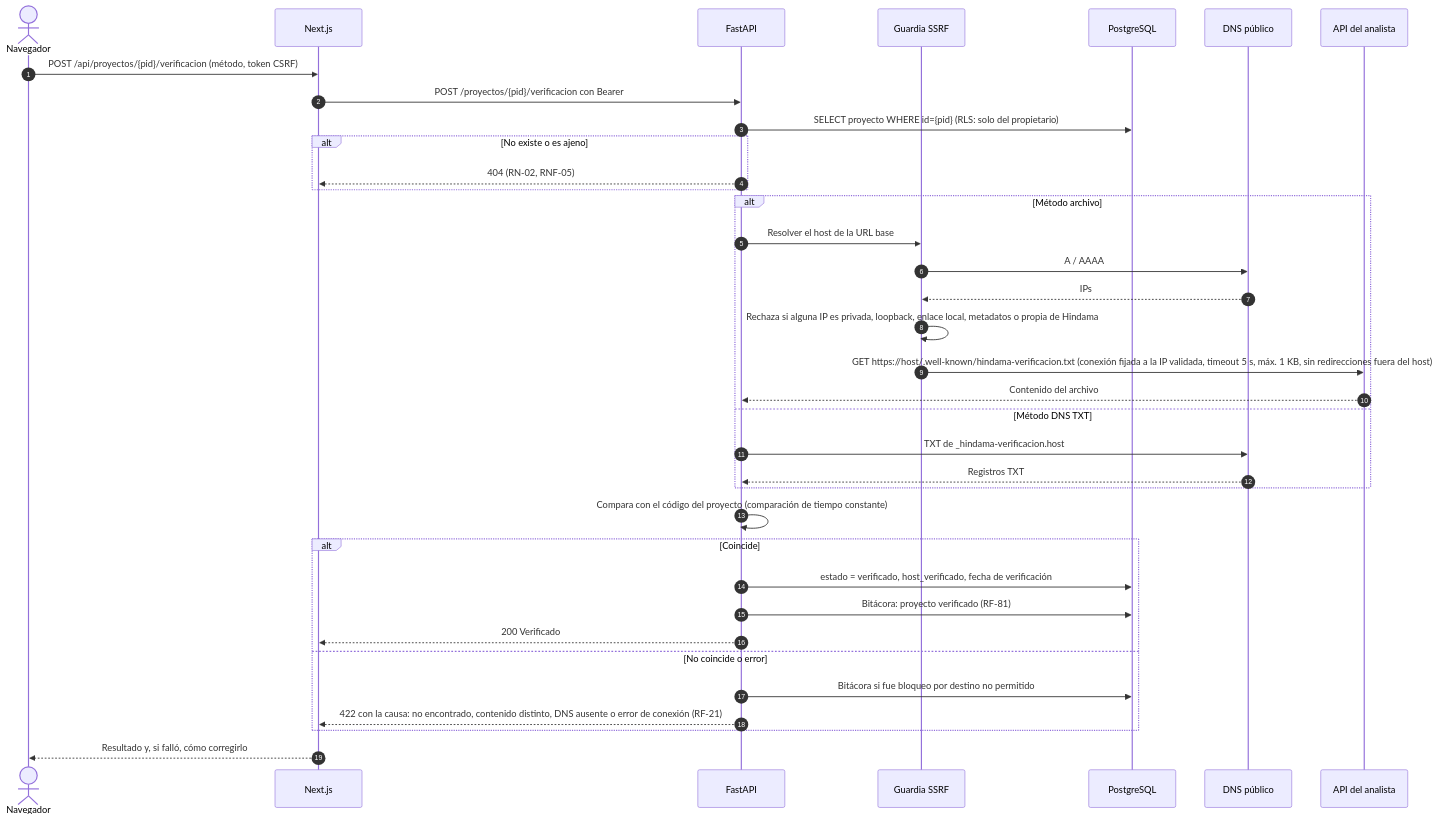
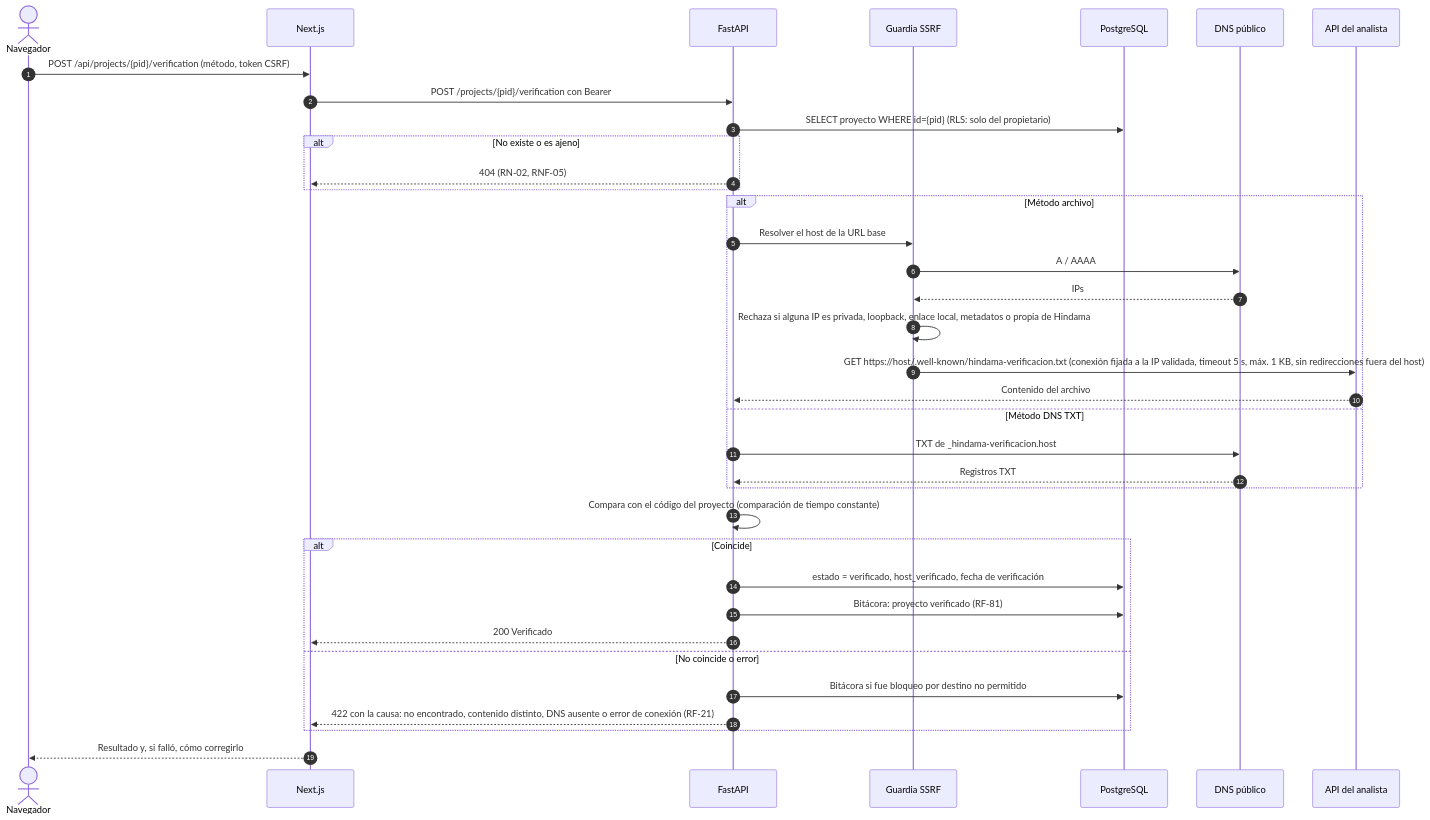
One commit to The-Tito/hindama-docs changed the fourth of 6 diagrams in 01-arquitectura/arquitectura.md. Above: the diagram before and after it, drawn with Mermaid. The commit also changed other lines of this file and 13 other files, not shown here.

````diff
--- a/01-arquitectura/arquitectura.md
+++ b/01-arquitectura/arquitectura.md
@@ -265,39 +271,39 @@
 ```mermaid
 sequenceDiagram
     autonumber
     actor U as Navegador
     participant N as Next.js
     participant F as FastAPI
     participant G as Guardia SSRF
     participant DB as PostgreSQL
     participant D as DNS público
     participant X as API del analista
 
-    U->>N: POST /api/proyectos/{pid}/verificacion (método, token CSRF)
-    N->>F: POST /proyectos/{pid}/verificacion con Bearer
+    U->>N: POST /api/projects/{pid}/verification (método, token CSRF)
+    N->>F: POST /projects/{pid}/verification con Bearer
     F->>DB: SELECT proyecto WHERE id={pid} (RLS: solo del propietario)
     alt No existe o es ajeno
         F-->>N: 404 (RN-02, RNF-05)
     end
     alt Método archivo
         F->>G: Resolver el host de la URL base
         G->>D: A / AAAA
         D-->>G: IPs
         G->>G: Rechaza si alguna IP es privada, loopback, enlace local, metadatos o propia de Hindama
         G->>X: GET https://host/.well-known/hindama-verificacion.txt (conexión fijada a la IP validada, timeout 5 s, máx. 1 KB, sin redirecciones fuera del host)
         X-->>F: Contenido del archivo
     else Método DNS TXT
         F->>D: TXT de _hindama-verificacion.host
         D-->>F: Registros TXT
     end
     F->>F: Compara con el código del proyecto (comparación de tiempo constante)
     alt Coincide
         F->>DB: estado = verificado, host_verificado, fecha de verificación
         F->>DB: Bitácora: proyecto verificado (RF-81)
         F-->>N: 200 Verificado
     else No coincide o error
         F->>DB: Bitácora si fue bloqueo por destino no permitido
         F-->>N: 422 con la causa: no encontrado, contenido distinto, DNS ausente o error de conexión (RF-21)
     end
     N-->>U: Resultado y, si falló, cómo corregirlo
 ```
````
